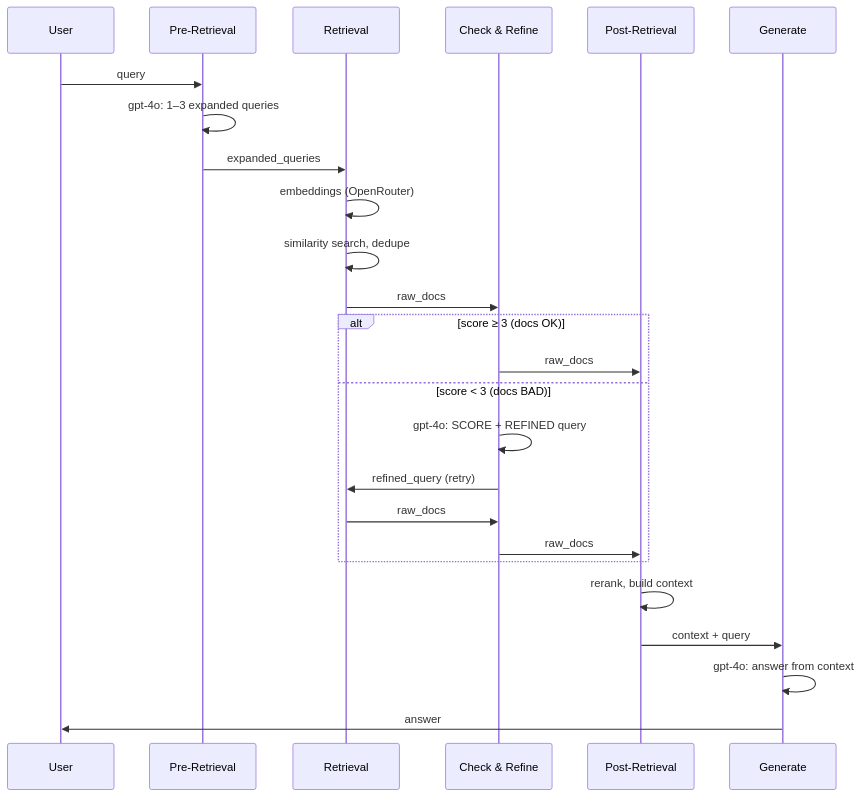
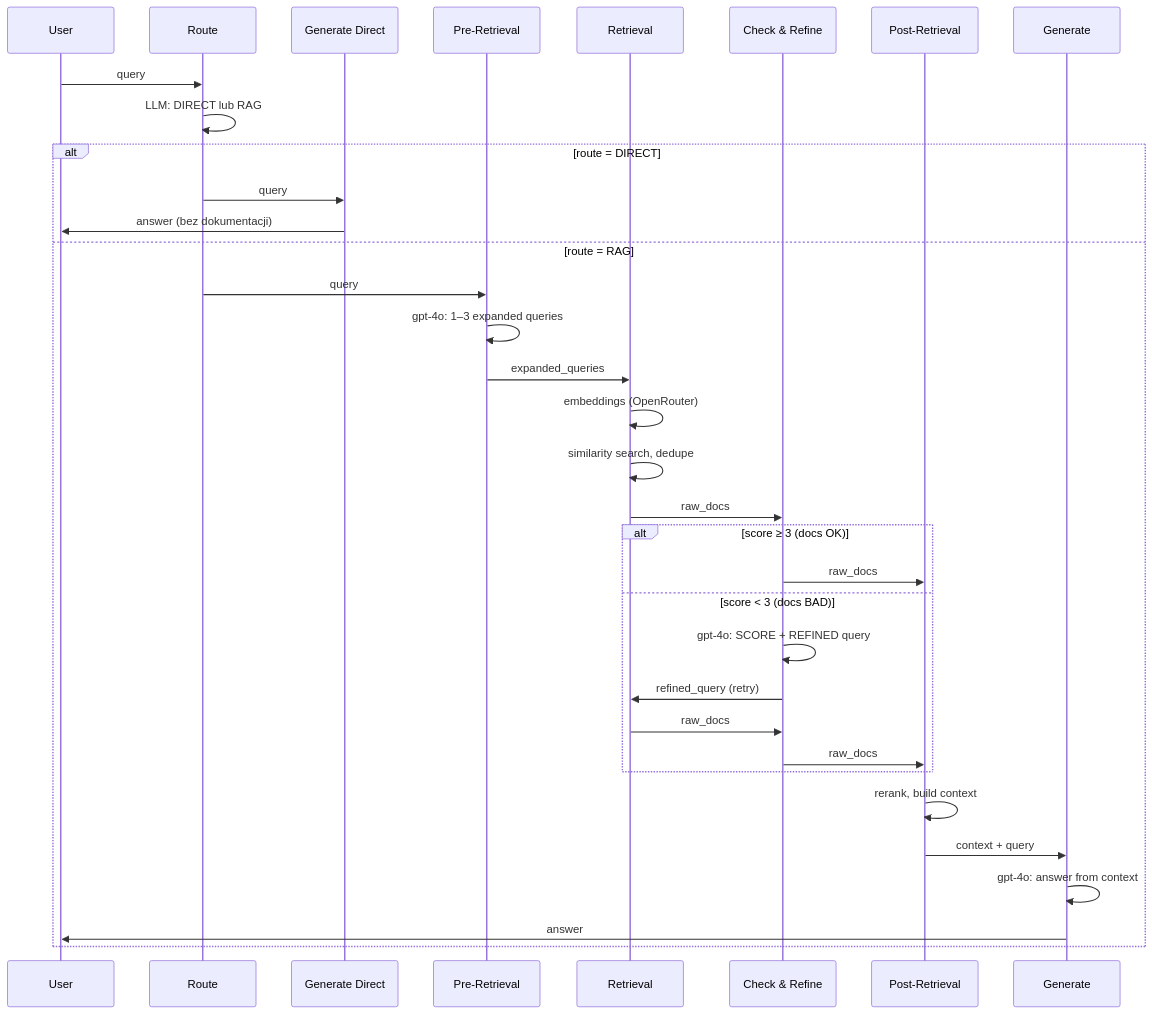
Before and after one commit to dobroslawamarkowska-private/hybrid-rag-ai-programming: the second of 2 diagrams in docs/ADVANCED_RAG.md, drawn with Mermaid. The commit also changed other lines of this file and 4 other files, not shown here.

Commit message:
Route direct/RAG, grader deepseek-v3.2-speciale, docs update, .env.example

````diff
--- a/docs/ADVANCED_RAG.md
+++ b/docs/ADVANCED_RAG.md
@@ -66,31 +79,41 @@
 ```mermaid
 sequenceDiagram
     participant U as User
+    participant ROUTE as Route
+    participant DIRECT as Generate Direct
     participant PR as Pre-Retrieval
     participant R as Retrieval
     participant CR as Check & Refine
     participant POST as Post-Retrieval
     participant GEN as Generate
 
-    U->>PR: query
-    PR->>PR: gpt-4o: 1–3 expanded queries
-    PR->>R: expanded_queries
+    U->>ROUTE: query
+    ROUTE->>ROUTE: LLM: DIRECT lub RAG
 
-    R->>R: embeddings (OpenRouter)
-    R->>R: similarity search, dedupe
-    R->>CR: raw_docs
+    alt route = DIRECT
+        ROUTE->>DIRECT: query
+        DIRECT->>U: answer (bez dokumentacji)
+    else route = RAG
+        ROUTE->>PR: query
+        PR->>PR: gpt-4o: 1–3 expanded queries
+        PR->>R: expanded_queries
 
-    alt score ≥ 3 (docs OK)
-        CR->>POST: raw_docs
-    else score < 3 (docs BAD)
-        CR->>CR: gpt-4o: SCORE + REFINED query
-        CR->>R: refined_query (retry)
+        R->>R: embeddings (OpenRouter)
+        R->>R: similarity search, dedupe
         R->>CR: raw_docs
-        CR->>POST: raw_docs
+
+        alt score ≥ 3 (docs OK)
+            CR->>POST: raw_docs
+        else score < 3 (docs BAD)
+            CR->>CR: gpt-4o: SCORE + REFINED query
+            CR->>R: refined_query (retry)
+            R->>CR: raw_docs
+            CR->>POST: raw_docs
+        end
+
+        POST->>POST: rerank, build context
+        POST->>GEN: context + query
+        GEN->>GEN: gpt-4o: answer from context
+        GEN->>U: answer
     end
-
-    POST->>POST: rerank, build context
-    POST->>GEN: context + query
-    GEN->>GEN: gpt-4o: answer from context
-    GEN->>U: answer
 ```
````
